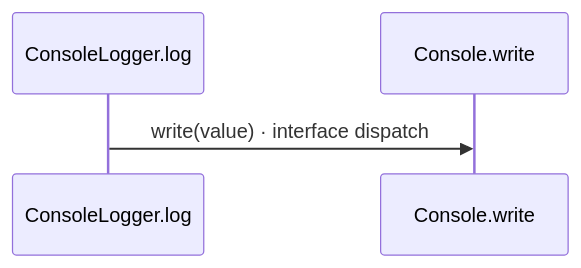
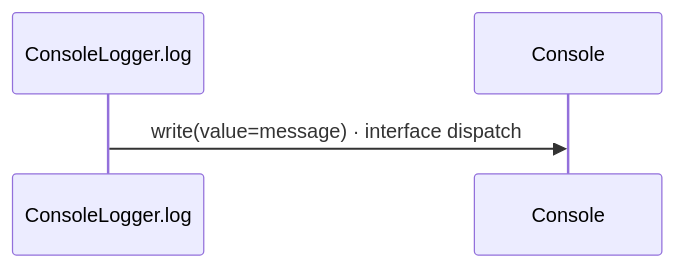
One commit to GreenPandaStudios/augscript changed the third of 3 diagrams in docs/examples/developer-workflow/logging/console-diagrams.md. Above: the diagram before and after it, drawn with Mermaid. The commit also changed other lines of this file and 524 other files, not shown here.

Commit message:
Explain checked data flow at folder and service levels

````diff
--- a/docs/examples/developer-workflow/logging/console-diagrams.md
+++ b/docs/examples/developer-workflow/logging/console-diagrams.md
@@ -61,6 +58,6 @@
 ```mermaid
 sequenceDiagram
     participant p0 as ConsoleLogger.log
-    participant p1 as Console.write
-    p0->>p1: write(value) · interface dispatch
+    participant p1 as Console
+    p0->>p1: write(value=message) · interface dispatch
 ```
````
